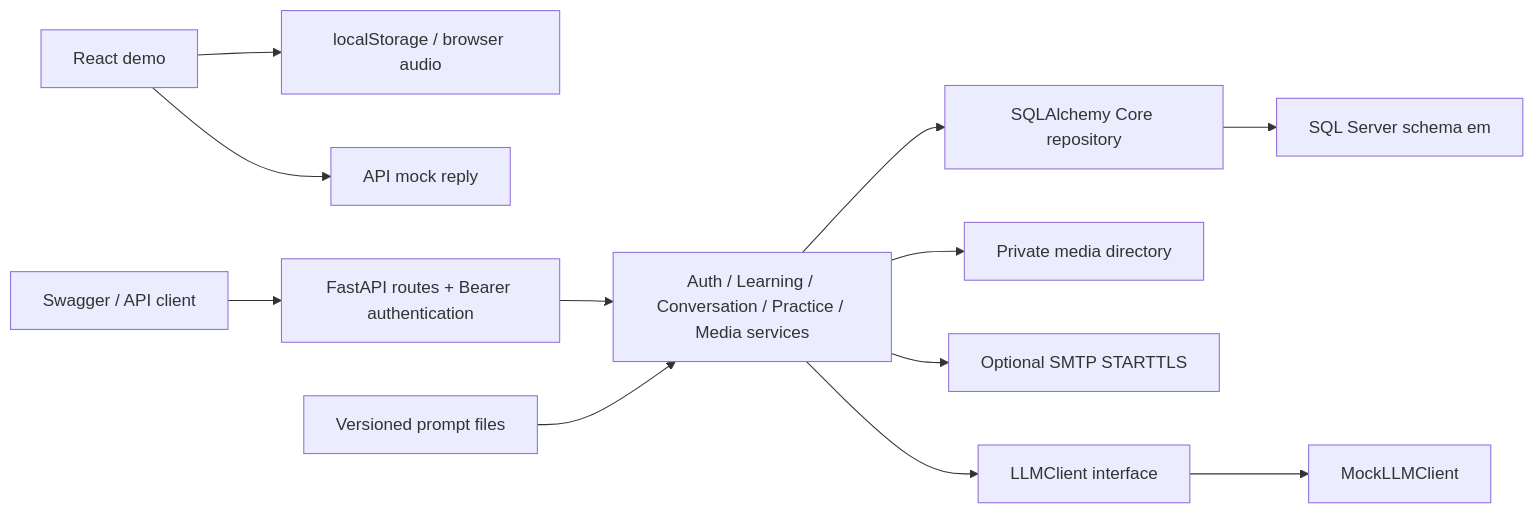
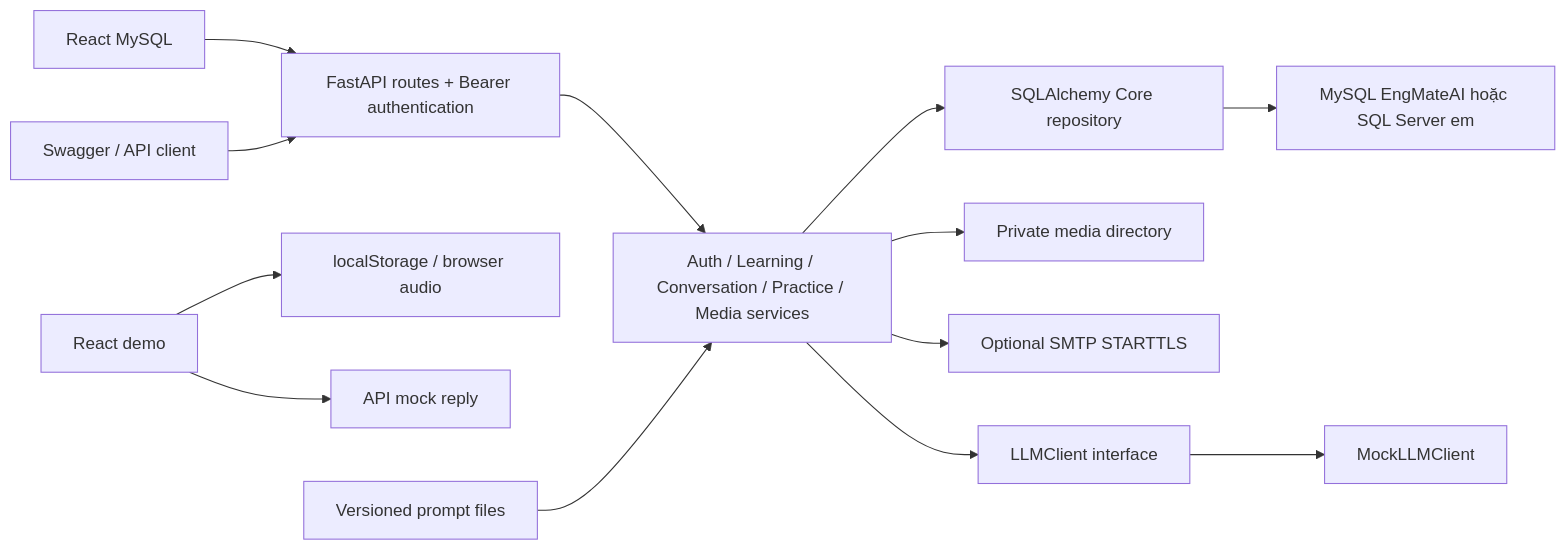
One commit to VoMinhHoang1610/engmate-ai changed the diagram in docs/ARCHITECTURE.md. Above: the diagram before and after it, drawn with Mermaid. The commit also changed other lines of this file and 68 other files, not shown here.

````diff
--- a/docs/ARCHITECTURE.md
+++ b/docs/ARCHITECTURE.md
@@ -5,14 +5,15 @@
 ```mermaid
 flowchart LR
-  UI[React demo] --> Local[localStorage / browser audio]
-  UI --> MockRoute[API mock reply]
+  UI[React MySQL] --> API
+  Demo[React demo] --> Local[localStorage / browser audio]
+  Demo --> MockRoute[API mock reply]
   Client[Swagger / API client] --> API[FastAPI routes + Bearer authentication]
   API --> Service[Auth / Learning / Conversation / Practice / Media services]
   Service --> Repo[SQLAlchemy Core repository]
-  Repo --> DB[SQL Server schema em]
+  Repo --> DB[MySQL EngMateAI hoặc SQL Server em]
   Service --> Files[Private media directory]
   Service --> Mail[Optional SMTP STARTTLS]
   Service --> Port[LLMClient interface]
   Port --> Mock[MockLLMClient]
   Prompt[Versioned prompt files] --> Service
 ```
````
